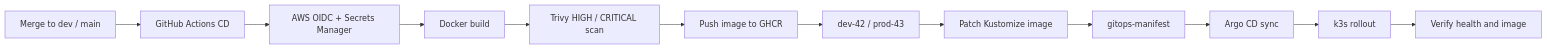
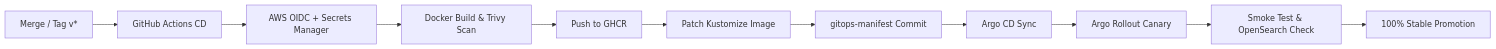
One commit to flavoriy/.github changed the third of 3 diagrams in profile/README.md. Above: the diagram before and after it, drawn with Mermaid. The commit also changed other lines of this file, not shown here.

````diff
--- a/profile/README.md
+++ b/profile/README.md
@@ -27,14 +71,13 @@
 ```mermaid
 flowchart LR
-    Merge[Merge to dev / main] --> CD[GitHub Actions CD]
+    Merge[Merge / Tag v*] --> CD[GitHub Actions CD]
     CD --> Secrets[AWS OIDC + Secrets Manager]
-    Secrets --> Build[Docker build]
-    Build --> Scan[Trivy HIGH / CRITICAL scan]
-    Scan --> GHCR[Push image to GHCR]
-    GHCR --> Tag[dev-42 / prod-43]
-    Tag --> Patch[Patch Kustomize image]
-    Patch --> GitOps[gitops-manifest]
-    GitOps --> Argo[Argo CD sync]
-    Argo --> K3s[k3s rollout]
-    K3s --> Verify[Verify health and image]
+    Secrets --> Build[Docker Build & Trivy Scan]
+    Build --> GHCR[Push to GHCR]
+    GHCR --> Patch[Patch Kustomize Image]
+    Patch --> GitOps[gitops-manifest Commit]
+    GitOps --> Argo[Argo CD Sync]
+    Argo --> Rollout[Argo Rollout Canary]
+    Rollout --> Test[Smoke Test & OpenSearch Check]
+    Test --> Promote[100% Stable Promotion]
 ```
````
